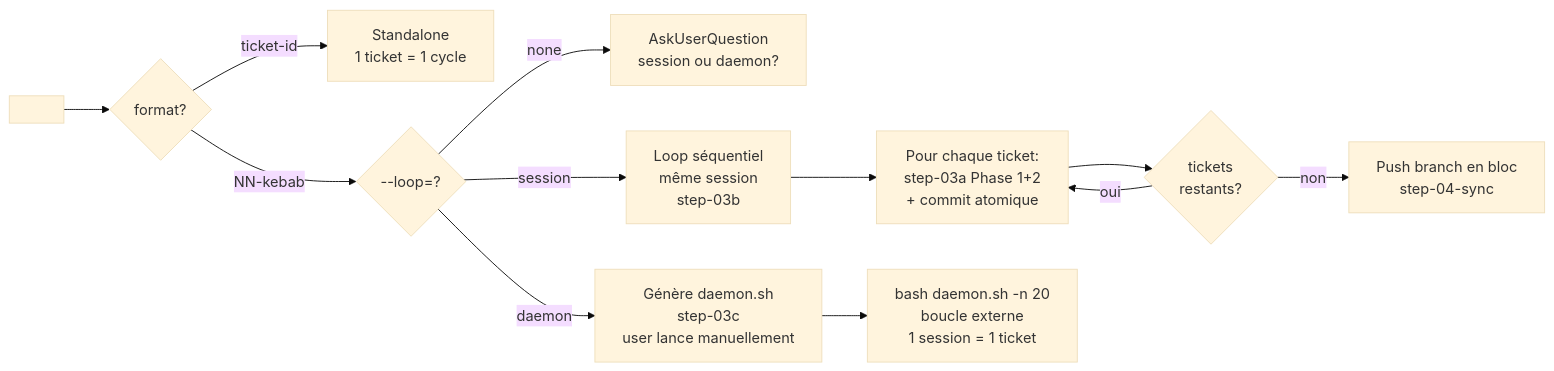
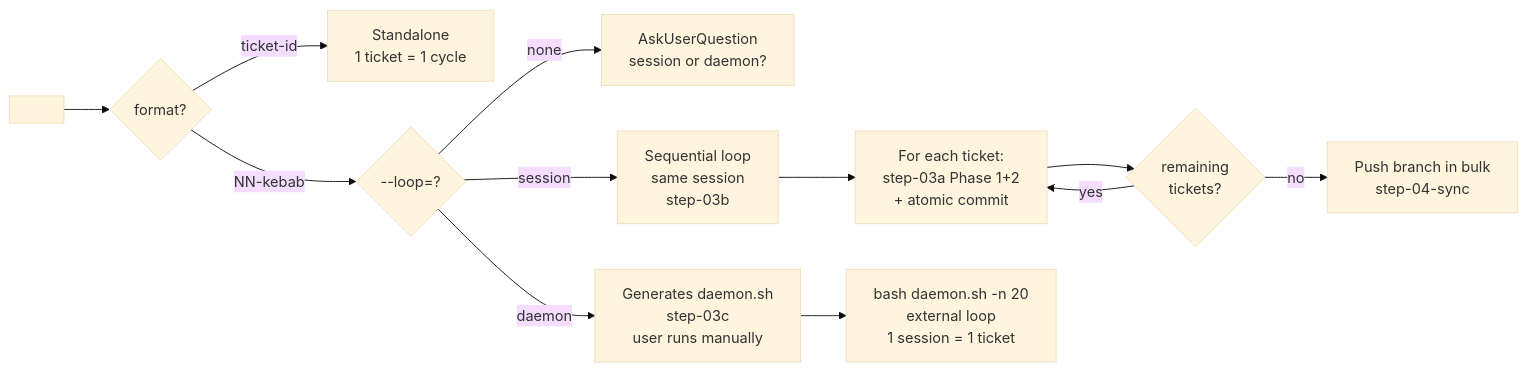
One commit to BryanBerger98/snapship-plugin changed the fifth of 10 diagrams in docs/usage/diagram.md. Above: the diagram before and after it, drawn with Mermaid (base theme). The commit also changed other lines of this file and 25 other files, not shown here.

````diff
--- a/docs/usage/diagram.md
+++ b/docs/usage/diagram.md
@@ -104,16 +104,16 @@
 ```mermaid
 flowchart LR
     ARG[<arg>] --> MATCH{format?}
     MATCH -->|ticket-id| STD[Standalone<br/>1 ticket = 1 cycle]
     MATCH -->|NN-kebab| LOOP{--loop=?}
-    LOOP -->|none| ASK[AskUserQuestion<br/>session ou daemon?]
-    LOOP -->|session| SESS[Loop séquentiel<br/>même session<br/>step-03b]
-    LOOP -->|daemon| DAEMON[Génère daemon.sh<br/>step-03c<br/>user lance manuellement]
+    LOOP -->|none| ASK[AskUserQuestion<br/>session or daemon?]
+    LOOP -->|session| SESS[Sequential loop<br/>same session<br/>step-03b]
+    LOOP -->|daemon| DAEMON[Generates daemon.sh<br/>step-03c<br/>user runs manually]
 
-    SESS --> ITER[Pour chaque ticket:<br/>step-03a Phase 1+2<br/>+ commit atomique]
-    ITER --> NEXT{tickets<br/>restants?}
-    NEXT -->|oui| ITER
-    NEXT -->|non| PUSH[Push branch en bloc<br/>step-04-sync]
+    SESS --> ITER[For each ticket:<br/>step-03a Phase 1+2<br/>+ atomic commit]
+    ITER --> NEXT{remaining<br/>tickets?}
+    NEXT -->|yes| ITER
+    NEXT -->|no| PUSH[Push branch in bulk<br/>step-04-sync]
 
-    DAEMON --> MANUAL[bash daemon.sh -n 20<br/>boucle externe<br/>1 session = 1 ticket]
+    DAEMON --> MANUAL[bash daemon.sh -n 20<br/>external loop<br/>1 session = 1 ticket]
 ```
````
